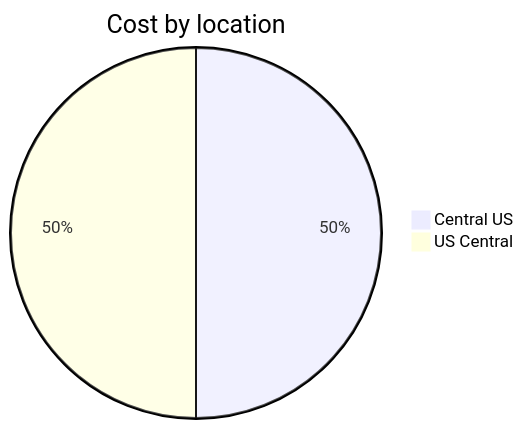
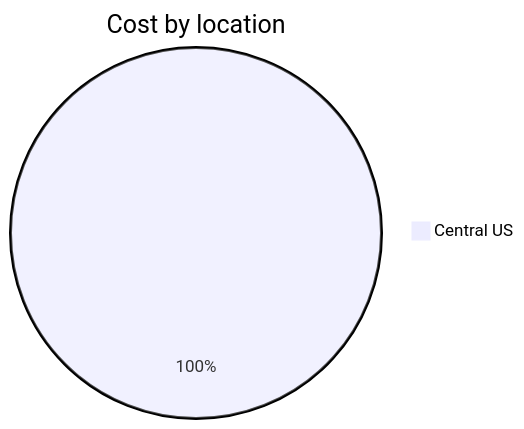
Before and after one commit to jpfulton/azure-personal-reports: the third of 4 diagrams in cost-reports/personal-site/personalsiteapistorage.md, drawn with Mermaid. The commit also changed other lines of this file and 7 other files, not shown here.

````diff
--- a/cost-reports/personal-site/personalsiteapistorage.md
+++ b/cost-reports/personal-site/personalsiteapistorage.md
@@ -108,6 +107,5 @@
 ```mermaid
 pie
    title Cost by location
-   "Central US" : 0.02
-   "US Central" : 0.02
+   "Central US" : 0.04
 ```
````
